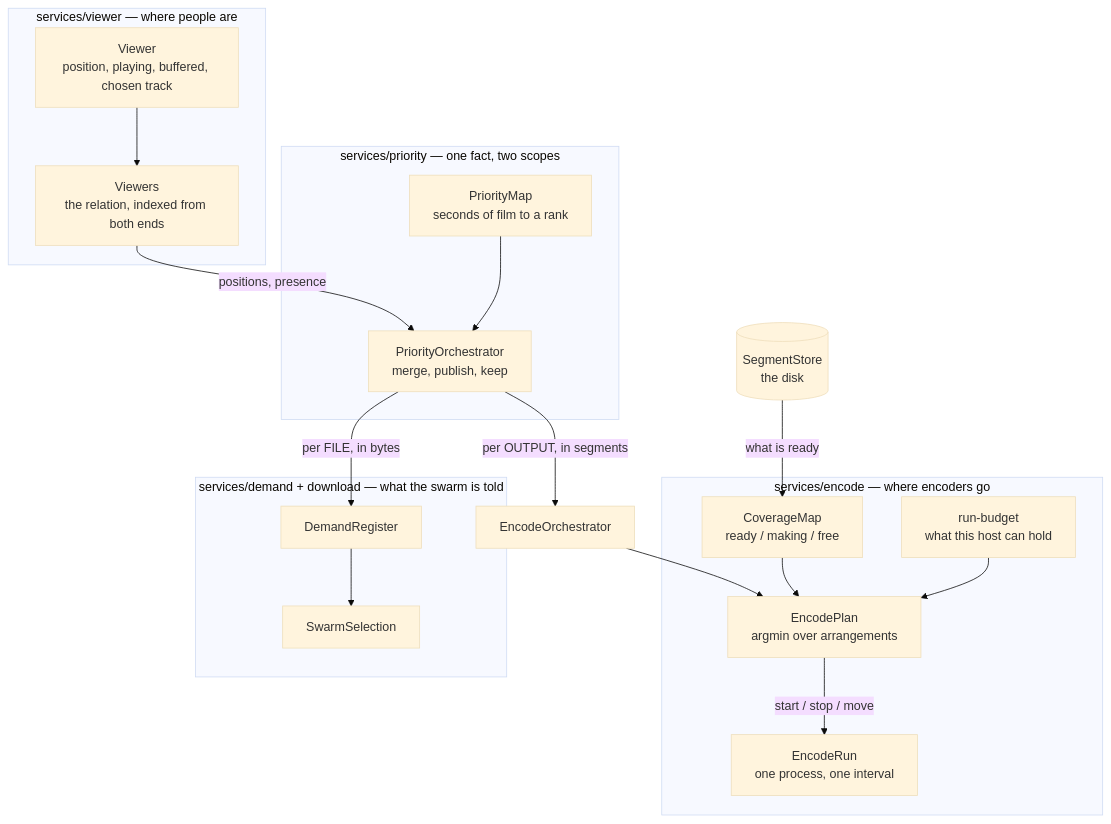
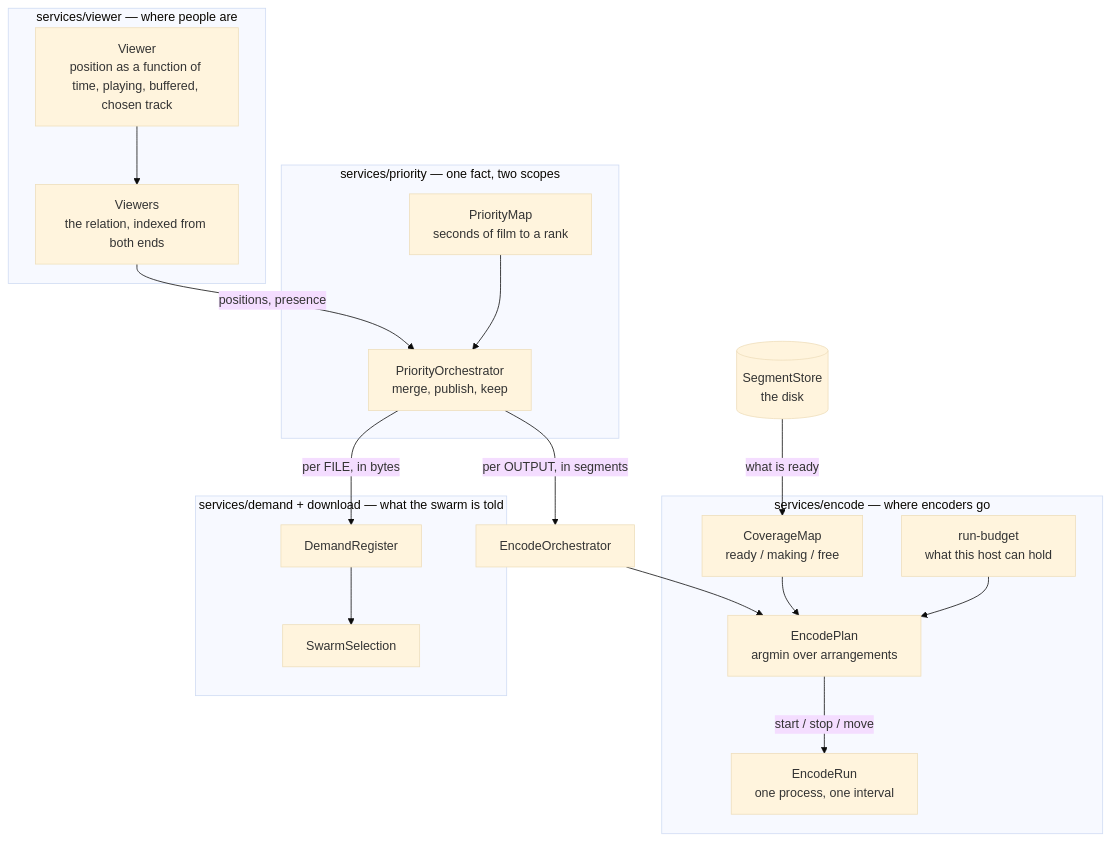
The diagram in docs/encode-architecture.md (torrent-tv/proxy), drawn with Mermaid (base theme) before and after one commit. The commit also changed other lines of this file and 20 other files, not shown here.

````diff
--- a/docs/encode-architecture.md
+++ b/docs/encode-architecture.md
@@ -33,36 +58,36 @@
 ```mermaid
 flowchart TB
   subgraph V["services/viewer — where people are"]
-    VW[Viewer<br/>position, playing, buffered, chosen track]
+    VW[Viewer<br/>position as a function of time, playing, buffered, chosen track]
     VS[Viewers<br/>the relation, indexed from both ends]
   end
 
   subgraph P["services/priority — one fact, two scopes"]
     PM[PriorityMap<br/>seconds of film to a rank]
     PO[PriorityOrchestrator<br/>merge, publish, keep]
   end
 
   subgraph E["services/encode — where encoders go"]
     CM[CoverageMap<br/>ready / making / free]
     EP[EncodePlan<br/>argmin over arrangements]
     RB[run-budget<br/>what this host can hold]
     ER[EncodeRun<br/>one process, one interval]
   end
 
   subgraph D["services/demand + download — what the swarm is told"]
     DR[DemandRegister]
     SS[SwarmSelection]
   end
 
   VW --> VS
   VS -->|"positions, presence"| PO
   PM --> PO
   PO -->|"per FILE, in bytes"| DR
   DR --> SS
   PO -->|"per OUTPUT, in segments"| EO[EncodeOrchestrator]
   EO --> EP
   CM --> EP
   RB --> EP
   EP -->|"start / stop / move"| ER
   ST[(SegmentStore<br/>the disk)] -->|"what is ready"| CM
 ```
````
